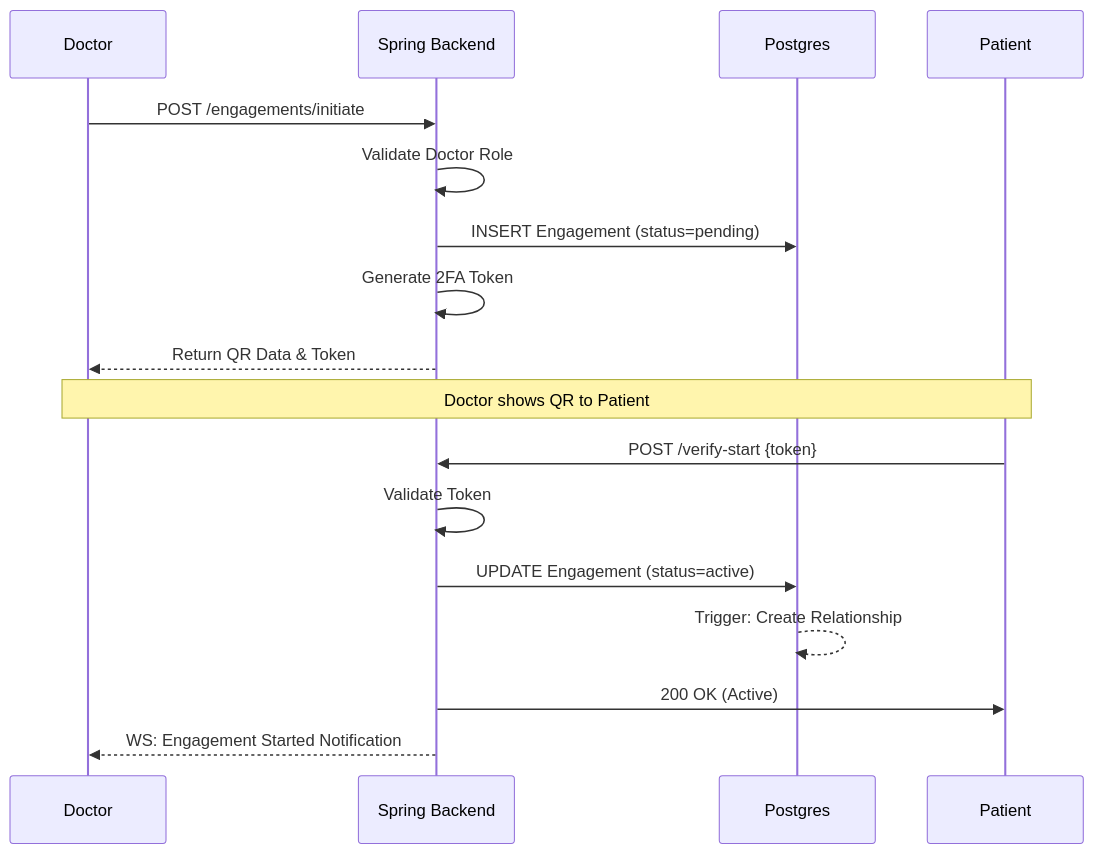
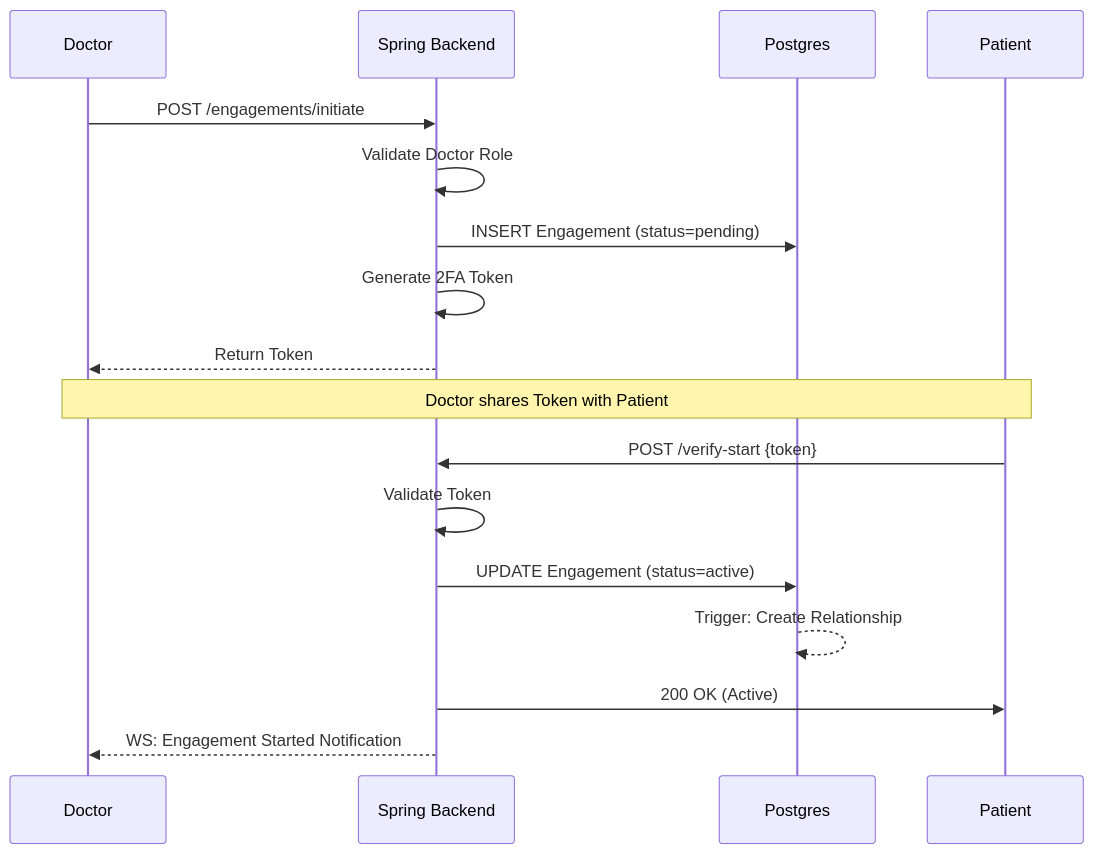
Before and after one commit to Abdallah-A-Raafat/Nuralhealer: the second of 3 diagrams in backend/backend/docs/ARCHITECTURE.md, drawn with Mermaid. The commit also changed other lines of this file and 11 other files, not shown here.

````diff
--- a/backend/backend/docs/ARCHITECTURE.md
+++ b/backend/backend/docs/ARCHITECTURE.md
@@ -77,22 +78,22 @@
 ```mermaid
 sequenceDiagram
     participant D as Doctor
     participant S as Spring Backend
     participant DB as Postgres
     participant P as Patient
 
     D->>S: POST /engagements/initiate
     S->>S: Validate Doctor Role
     S->>DB: INSERT Engagement (status=pending)
     S->>S: Generate 2FA Token
-    S-->>D: Return QR Data & Token
+    S-->>D: Return Token
     
-    Note over D,P: Doctor shows QR to Patient
+    Note over D,P: Doctor shares Token with Patient
     
     P->>S: POST /verify-start {token}
     S->>S: Validate Token
     S->>DB: UPDATE Engagement (status=active)
     DB-->>DB: Trigger: Create Relationship
     S->>P: 200 OK (Active)
     S-->>D: WS: Engagement Started Notification
 ```
````
